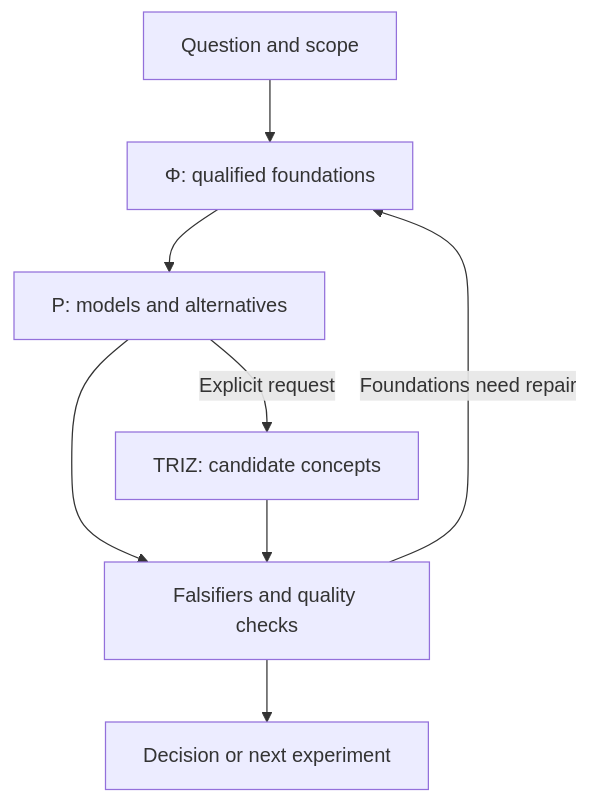
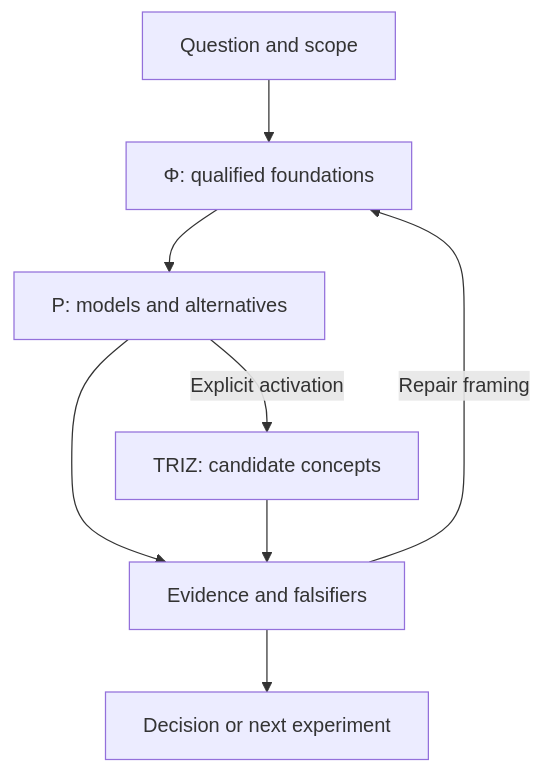
The diagram in README.md (SUNHAOJUN22/OpenDeepMind_skill), drawn with Mermaid before and after one commit. The commit also changed other lines of this file and 8 other files, not shown here.

````diff
--- a/README.md
+++ b/README.md
@@ -30,10 +30,10 @@
 ```mermaid
 flowchart TD
   Q["Question and scope"] --> F["Φ: qualified foundations"]
   F --> P["P: models and alternatives"]
-  P --> V["Falsifiers and quality checks"]
+  P --> V["Evidence and falsifiers"]
   V --> D["Decision or next experiment"]
-  V -->|"Foundations need repair"| F
-  P -->|"Explicit request"| T["TRIZ: candidate concepts"]
+  V -->|"Repair framing"| F
+  P -->|"Explicit activation"| T["TRIZ: candidate concepts"]
   T --> V
 ```
````
